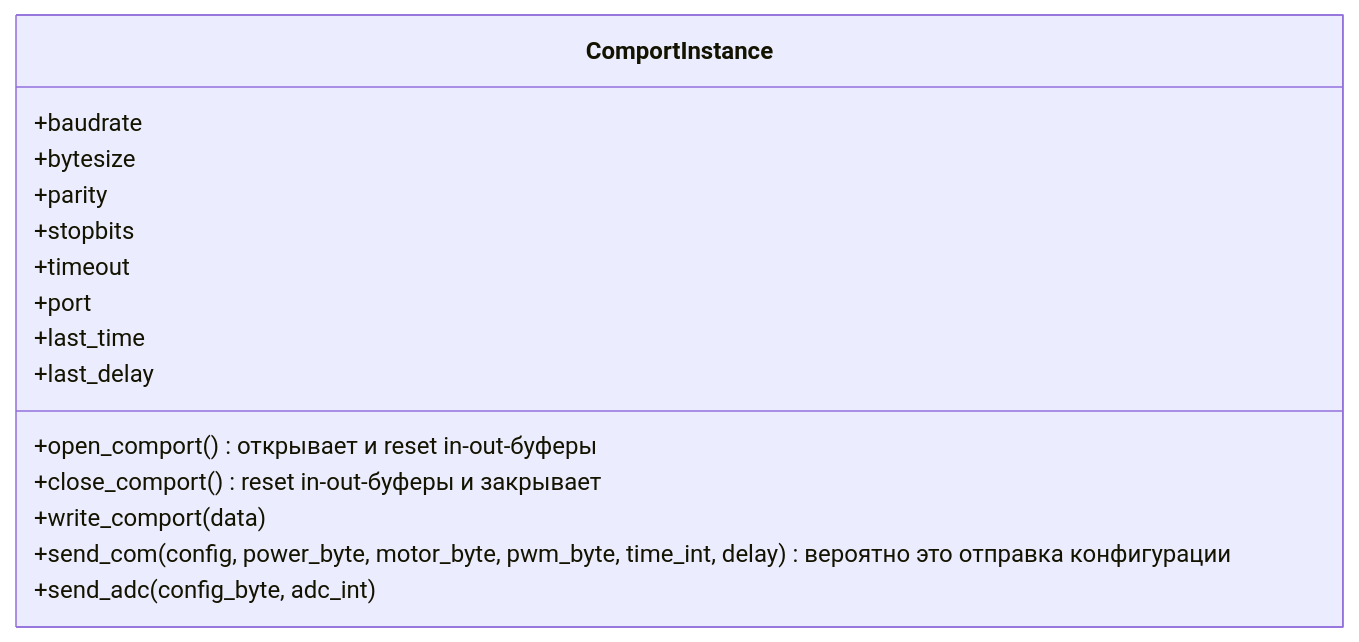
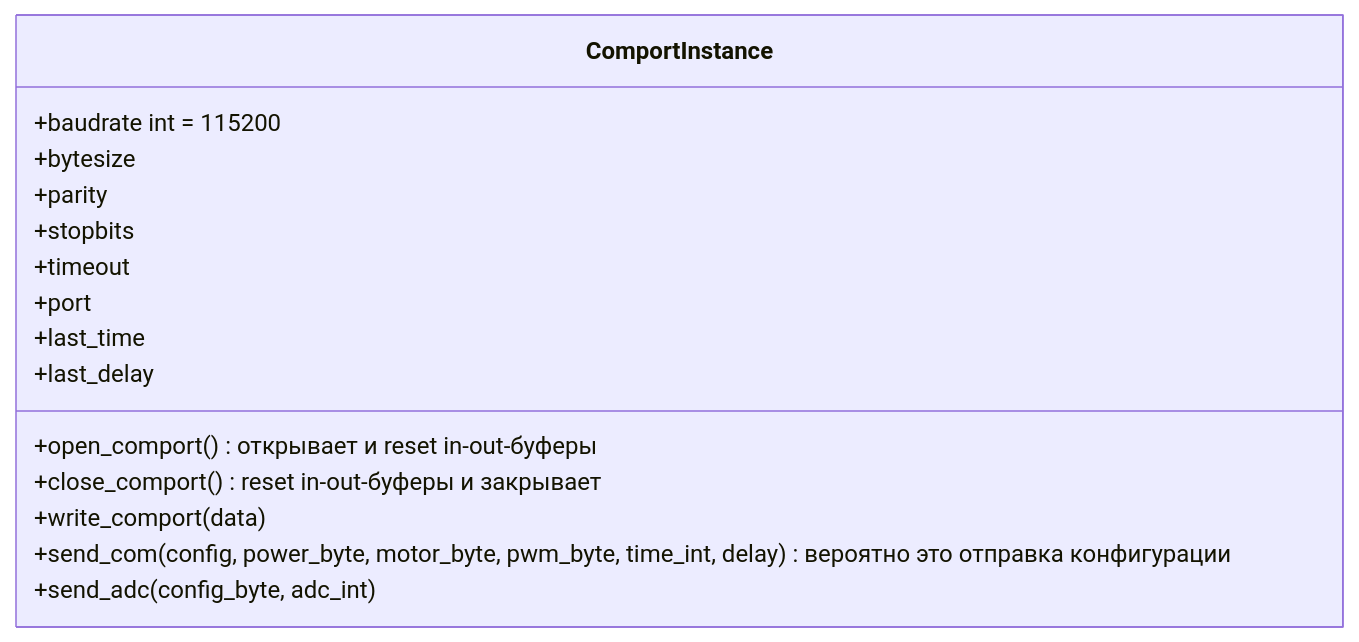
Before and after one commit to kosteleyyv/wiki_cybermed: the diagram in README.md, drawn with Mermaid.

````diff
--- a/README.md
+++ b/README.md
@@ -3,18 +3,18 @@
 ```mermaid
 classDiagram
 class ComportInstance {
-  +baudrate 
+  +baudrate int = 115200
   +bytesize
   +parity 
   +stopbits
   +timeout 
   +port 
   +last_time
   +last_delay
   +open_comport() открывает и reset in-out-буферы
   +close_comport() reset in-out-буферы и закрывает
   +write_comport(data)
   +send_com(config, power_byte, motor_byte, pwm_byte, time_int, delay) вероятно это отправка конфигурации
   +send_adc(config_byte, adc_int)
 }
 ```
````
